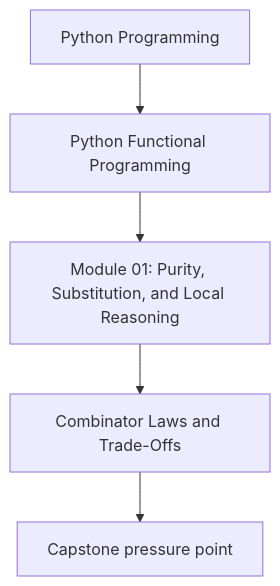
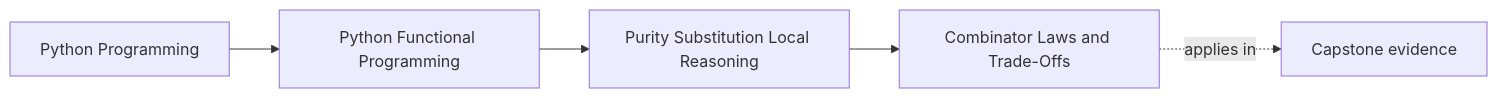
Before and after one commit to bijux/bijux-masterclass: the first of 2 diagrams in programs/python-programming/python-functional-programming/course-book/module-01-purity-substitution-local-reasoning/combinator-laws-and-tradeoffs.md, drawn with Mermaid. The commit also changed other lines of this file and 73 other files, not shown here.

Commit message:
docs(python-functional-programming): map orientation through streaming foundations

````diff
--- a/programs/python-programming/python-functional-programming/course-book/module-01-purity-substitution-local-reasoning/combinator-laws-and-tradeoffs.md
+++ b/programs/python-programming/python-functional-programming/course-book/module-01-purity-substitution-local-reasoning/combinator-laws-and-tradeoffs.md
@@ -7,7 +7,11 @@
 ```mermaid
-flowchart TD
-  family["Python Programming"] --> program["Python Functional Programming"]
-  program --> module["Module 01: Purity, Substitution, and Local Reasoning"]
-  module --> concept["Combinator Laws and Trade-Offs"]
-  concept --> capstone["Capstone pressure point"]
+graph LR
+  family["Python Programming"]
+  program["Python Functional Programming"]
+  section["Purity Substitution Local Reasoning"]
+  page["Combinator Laws and Trade-Offs"]
+  capstone["Capstone evidence"]
+
+  family --> program --> section --> page
+  page -.applies in.-> capstone
 ```
````
